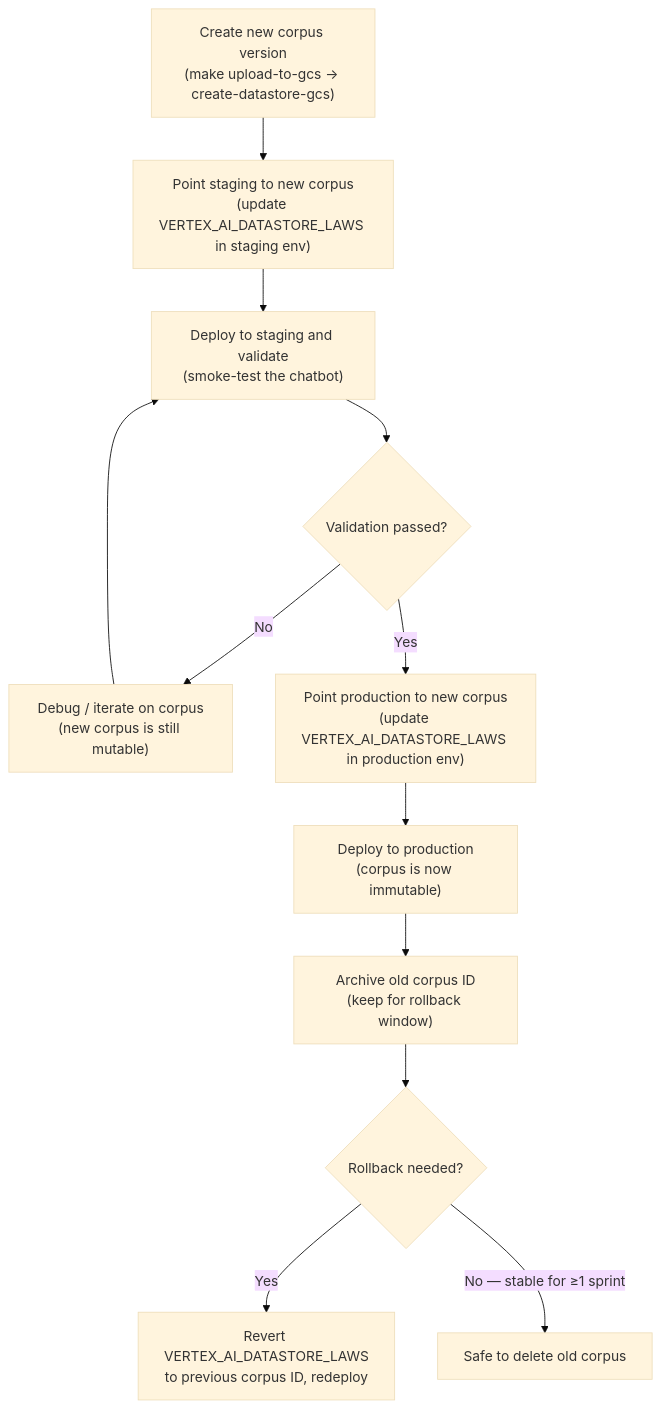
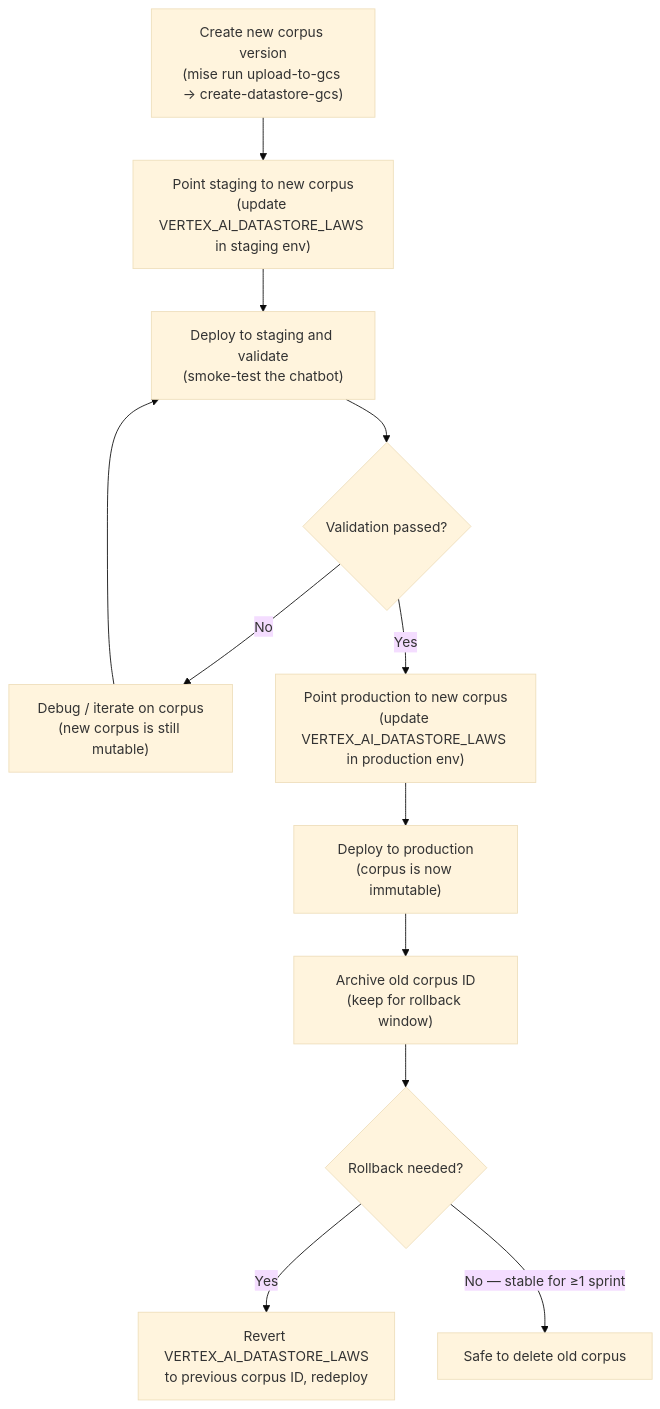
One commit to codeforpdx/tenantfirstaid changed the second of 5 diagrams in Deployment.md. Above: the diagram before and after it, drawn with Mermaid (base theme). The commit also changed other lines of this file and 20 other files, not shown here.

Commit message:
Make to mise (#378)

````diff
--- a/Deployment.md
+++ b/Deployment.md
@@ -82,14 +82,14 @@
 ```mermaid
 flowchart TD
-    A["Create new corpus version<br/>(make upload-to-gcs → create-datastore-gcs)"] --> B["Point staging to new corpus<br/>(update VERTEX_AI_DATASTORE_LAWS in staging env)"]
+    A["Create new corpus version<br/>(mise run upload-to-gcs → create-datastore-gcs)"] --> B["Point staging to new corpus<br/>(update VERTEX_AI_DATASTORE_LAWS in staging env)"]
     B --> C["Deploy to staging and validate<br/>(smoke-test the chatbot)"]
     C --> D{"Validation passed?"}
     D -->|No| E["Debug / iterate on corpus<br/>(new corpus is still mutable)"]
     E --> C
     D -->|Yes| F["Point production to new corpus<br/>(update VERTEX_AI_DATASTORE_LAWS in production env)"]
     F --> G["Deploy to production<br/>(corpus is now immutable)"]
     G --> H["Archive old corpus ID<br/>(keep for rollback window)"]
     H --> I{"Rollback needed?"}
     I -->|Yes| J["Revert VERTEX_AI_DATASTORE_LAWS<br/>to previous corpus ID, redeploy"]
     I -->|No — stable for ≥1 sprint| K["Safe to delete old corpus"]
 ```
````
